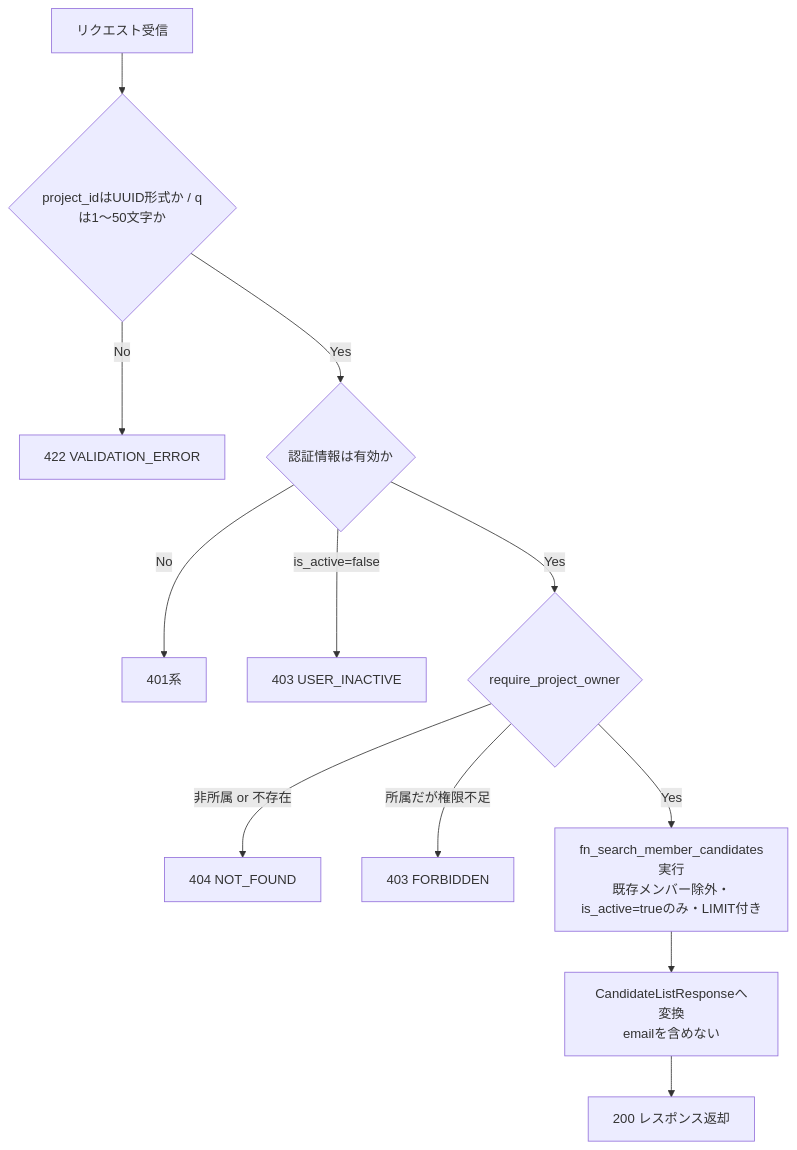
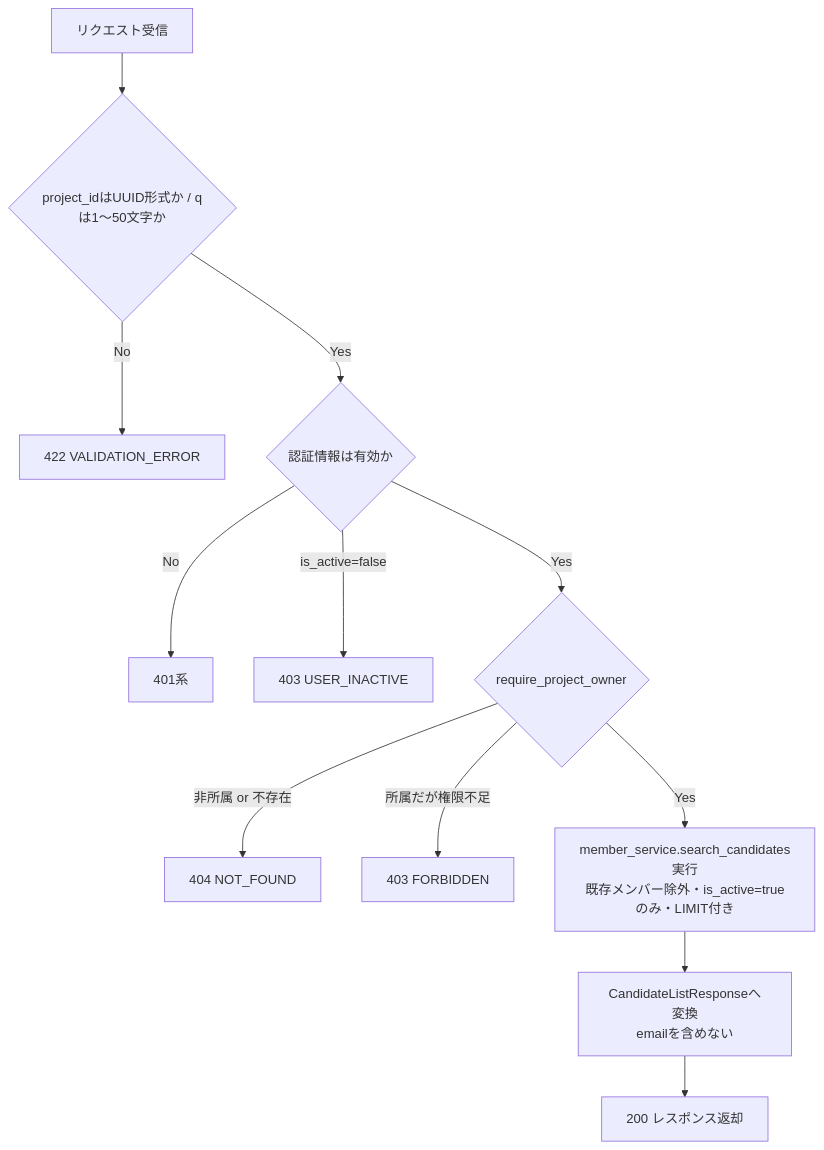
The second of 4 diagrams in docs/detailed_design/api/projects/08_get_project_member_candidates.md (oikawa-d/task_management), drawn with Mermaid before and after one commit. The commit also changed other lines of this file and 4 other files, not shown here.

````diff
--- a/docs/detailed_design/api/projects/08_get_project_member_candidates.md
+++ b/docs/detailed_design/api/projects/08_get_project_member_candidates.md
@@ -110,14 +110,14 @@
 ```mermaid
 flowchart TB
     A["リクエスト受信"] --> B{"project_idはUUID形式か / qは1〜50文字か"}
     B -->|No| E1["422 VALIDATION_ERROR"]
     B -->|Yes| C{"認証情報は有効か"}
     C -->|No| E2["401系"]
     C -->|is_active=false| E3["403 USER_INACTIVE"]
     C -->|Yes| D{"require_project_owner"}
     D -->|非所属 or 不存在| E4["404 NOT_FOUND"]
     D -->|所属だが権限不足| E5["403 FORBIDDEN"]
-    D -->|Yes| F["fn_search_member_candidates実行<br/>既存メンバー除外・is_active=trueのみ・LIMIT付き"]
+    D -->|Yes| F["member_service.search_candidates実行<br/>既存メンバー除外・is_active=trueのみ・LIMIT付き"]
     F --> G["CandidateListResponseへ変換<br/>emailを含めない"]
     G --> H["200 レスポンス返却"]
 ```
````
